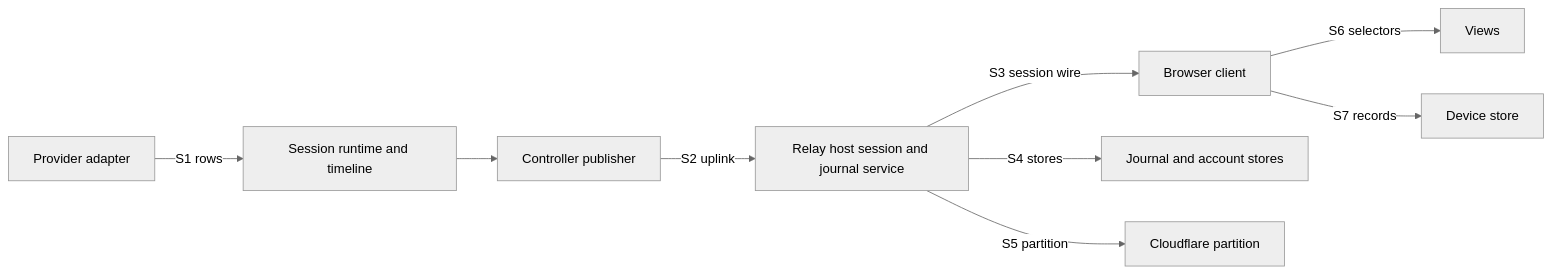
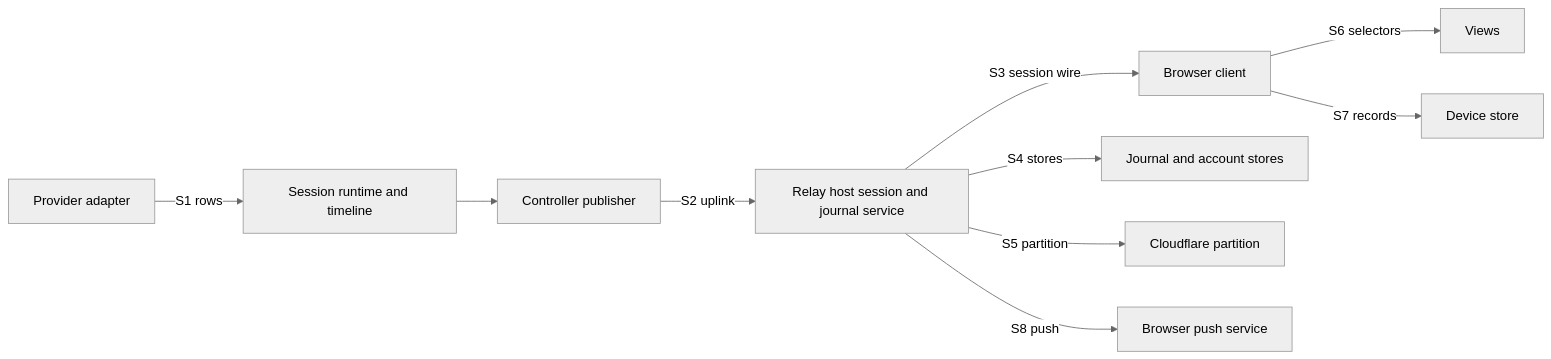
One commit to xuangong/agent-remote-control changed the diagram in docs/current/agent-remote/seams.md. Above: the diagram before and after it, drawn with Mermaid (neutral theme). The commit also changed other lines of this file and 14 other files, not shown here.

````diff
--- a/docs/current/agent-remote/seams.md
+++ b/docs/current/agent-remote/seams.md
@@ -7,11 +7,12 @@
 ```mermaid
 flowchart LR
   adapter["Provider adapter"] -- S1 rows --> runtime["Session runtime and timeline"]
   runtime --> controller["Controller publisher"]
   controller -- S2 uplink --> relay["Relay host session and journal service"]
   relay -- S3 session wire --> client["Browser client"]
   relay -- S4 stores --> stores["Journal and account stores"]
   relay -- S5 partition --> cloudflare["Cloudflare partition"]
   client -- S6 selectors --> renderer["Views"]
   client -- S7 records --> device["Device store"]
+  relay -- S8 push --> push["Browser push service"]
 ```
````
